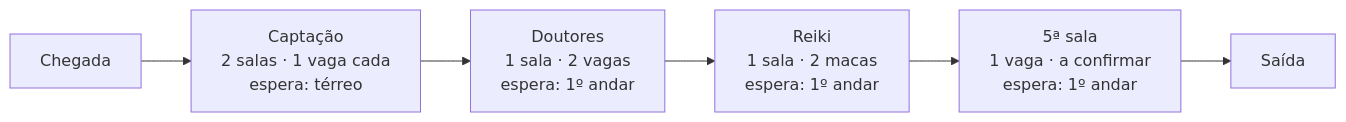
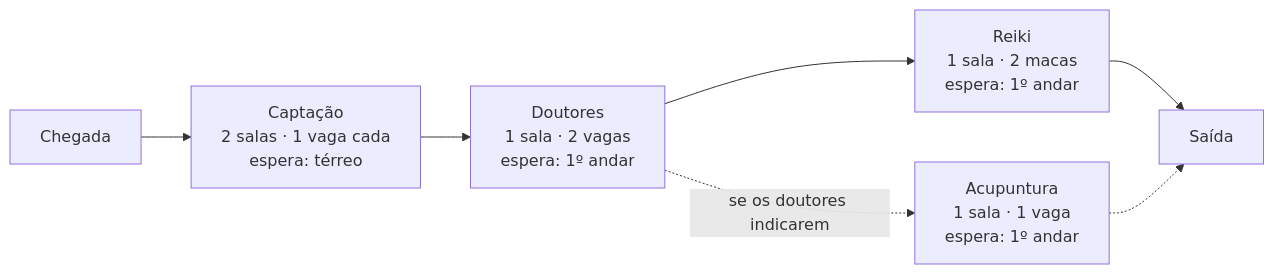
One commit to ZeRobertoMagalhaes/Gelf_Painel-chamadas-tv-filas changed the first of 3 diagrams in docs/fluxos/5-bio.md. Above: the diagram before and after it, drawn with Mermaid. The commit also changed other lines of this file and 24 other files, not shown here.

````diff
--- a/docs/fluxos/5-bio.md
+++ b/docs/fluxos/5-bio.md
@@ -15,8 +15,9 @@
 ```mermaid
 flowchart LR
     A[Chegada] --> B[Captação<br/>2 salas · 1 vaga cada<br/>espera: térreo]
     B --> C[Doutores<br/>1 sala · 2 vagas<br/>espera: 1º andar]
     C --> D[Reiki<br/>1 sala · 2 macas<br/>espera: 1º andar]
-    D --> E[5ª sala<br/>1 vaga · a confirmar<br/>espera: 1º andar]
-    E --> F[Saída]
+    D --> F[Saída]
+    C -.->|se os doutores indicarem| E[Acupuntura<br/>1 sala · 1 vaga<br/>espera: 1º andar]
+    E -.-> F
 ```
````
